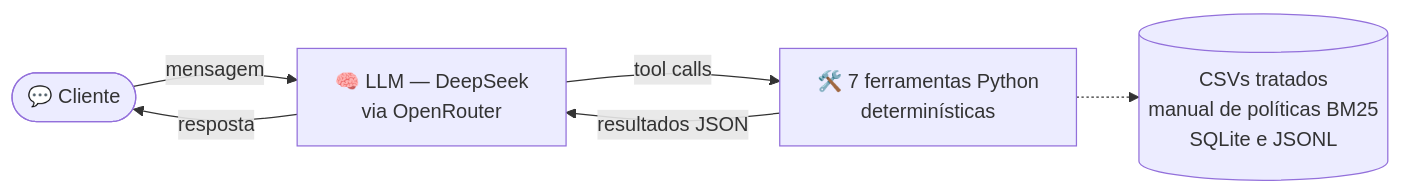
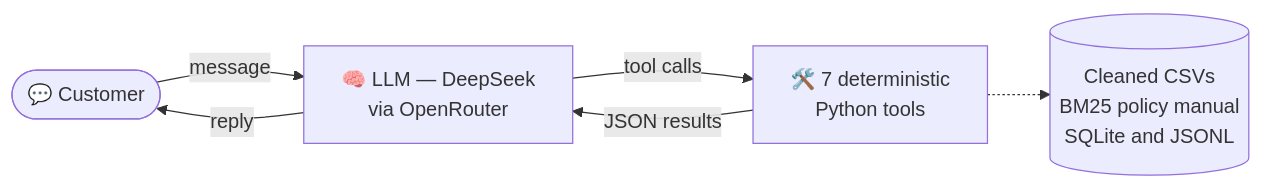
One commit to HarrisonCaetanoCandido/emporio-agent changed the diagram in README.md. Above: the diagram before and after it, drawn with Mermaid. The commit also changed other lines of this file, not shown here.

````diff
--- a/README.md
+++ b/README.md
@@ -54,8 +59,8 @@
 ```mermaid
 flowchart LR
-    Cliente(["💬 Cliente"]) -->|mensagem| LLM["🧠 LLM — DeepSeek<br/>via OpenRouter"]
-    LLM -->|tool calls| Ferramentas["🛠️ 7 ferramentas Python<br/>determinísticas"]
-    Ferramentas -->|resultados JSON| LLM
-    LLM -->|resposta| Cliente
-    Ferramentas -.-> Dados[("CSVs tratados<br/>manual de políticas BM25<br/>SQLite e JSONL")]
+    Cliente(["💬 Customer"]) -->|message| LLM["🧠 LLM — DeepSeek<br/>via OpenRouter"]
+    LLM -->|tool calls| Ferramentas["🛠️ 7 deterministic<br/>Python tools"]
+    Ferramentas -->|JSON results| LLM
+    LLM -->|reply| Cliente
+    Ferramentas -.-> Dados[("Cleaned CSVs<br/>BM25 policy manual<br/>SQLite and JSONL")]
 ```
````
